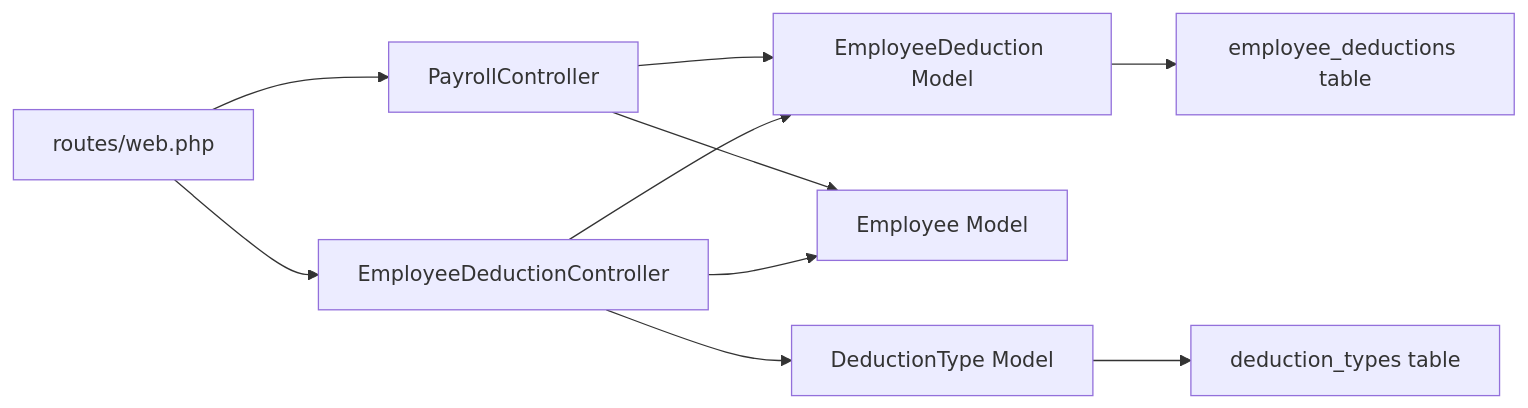
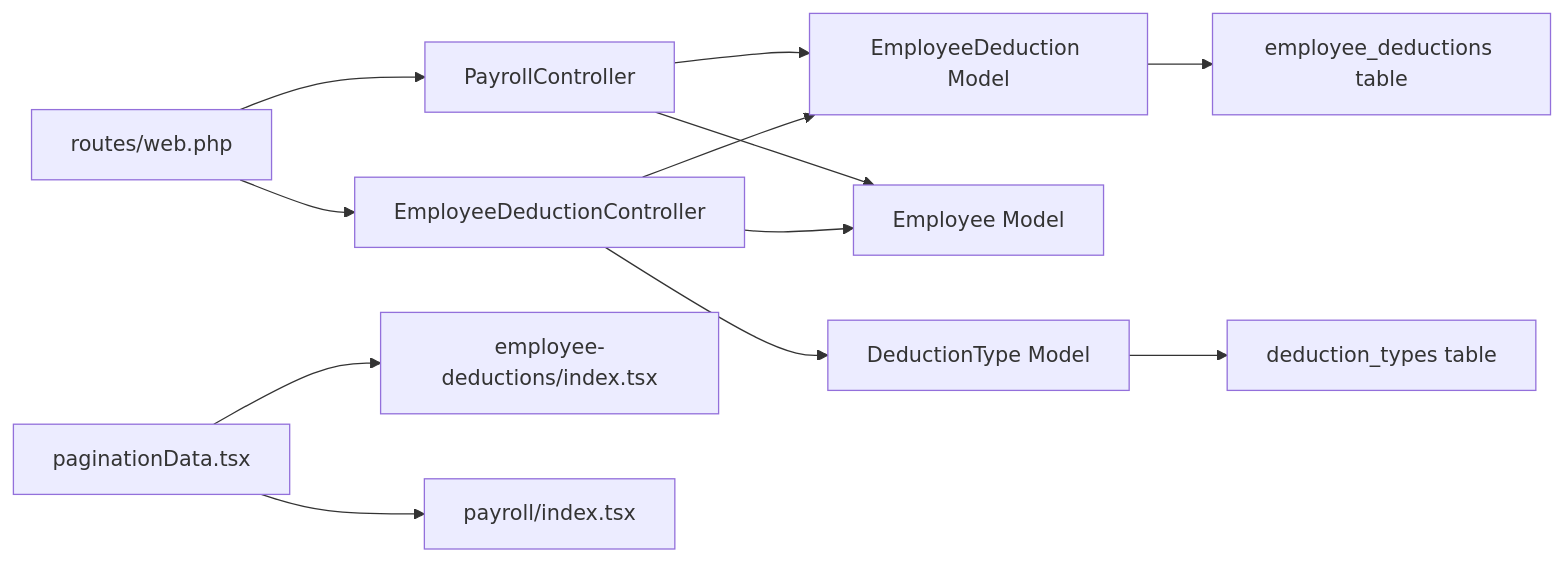
One commit to vincet0t15/template changed the seventh of 7 diagrams in .qoder/repowiki/en/content/Deduction Management/Employee Deduction Tracking.md. Above: the diagram before and after it, drawn with Mermaid. The commit also changed other lines of this file and 3 other files, not shown here.

````diff
--- a/.qoder/repowiki/en/content/Deduction Management/Employee Deduction Tracking.md
+++ b/.qoder/repowiki/en/content/Deduction Management/Employee Deduction Tracking.md
@@ -342,12 +416,14 @@
 ```mermaid
 graph LR
 RT["routes/web.php"] --> EDC["EmployeeDeductionController"]
 RT --> PC["PayrollController"]
 EDC --> EDM["EmployeeDeduction Model"]
 EDC --> EM["Employee Model"]
 EDC --> DT["DeductionType Model"]
 PC --> EM
 PC --> EDM
 EDM --> DB["employee_deductions table"]
 DT --> DB2["deduction_types table"]
+PAG["paginationData.tsx"] --> IDX["employee-deductions/index.tsx"]
+PAG --> PIDX["payroll/index.tsx"]
 ```
````
